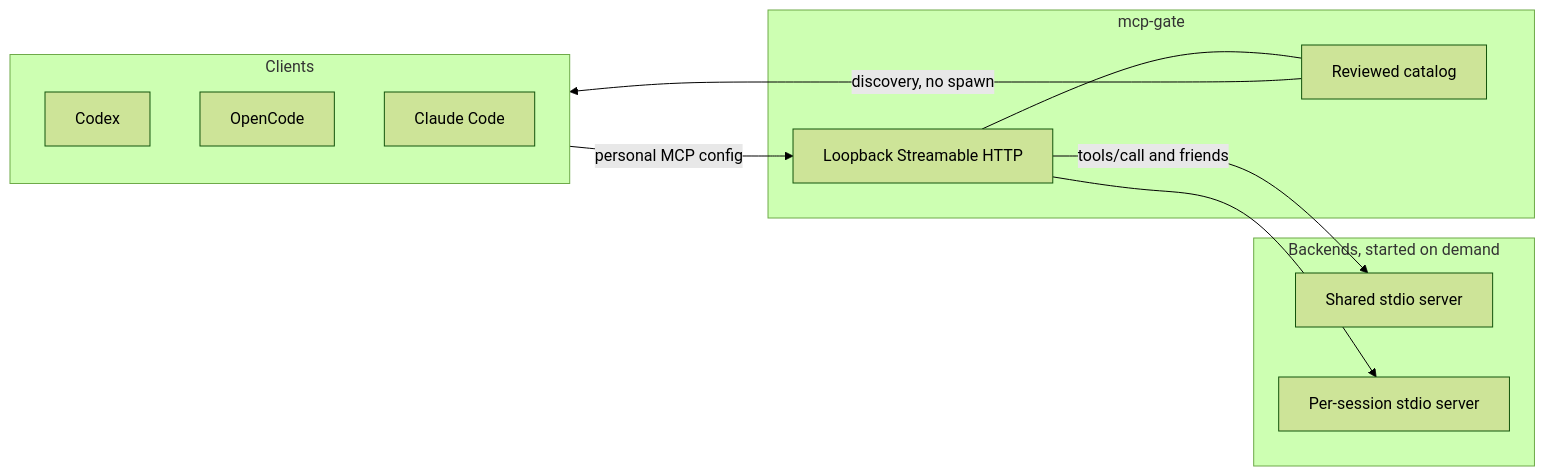
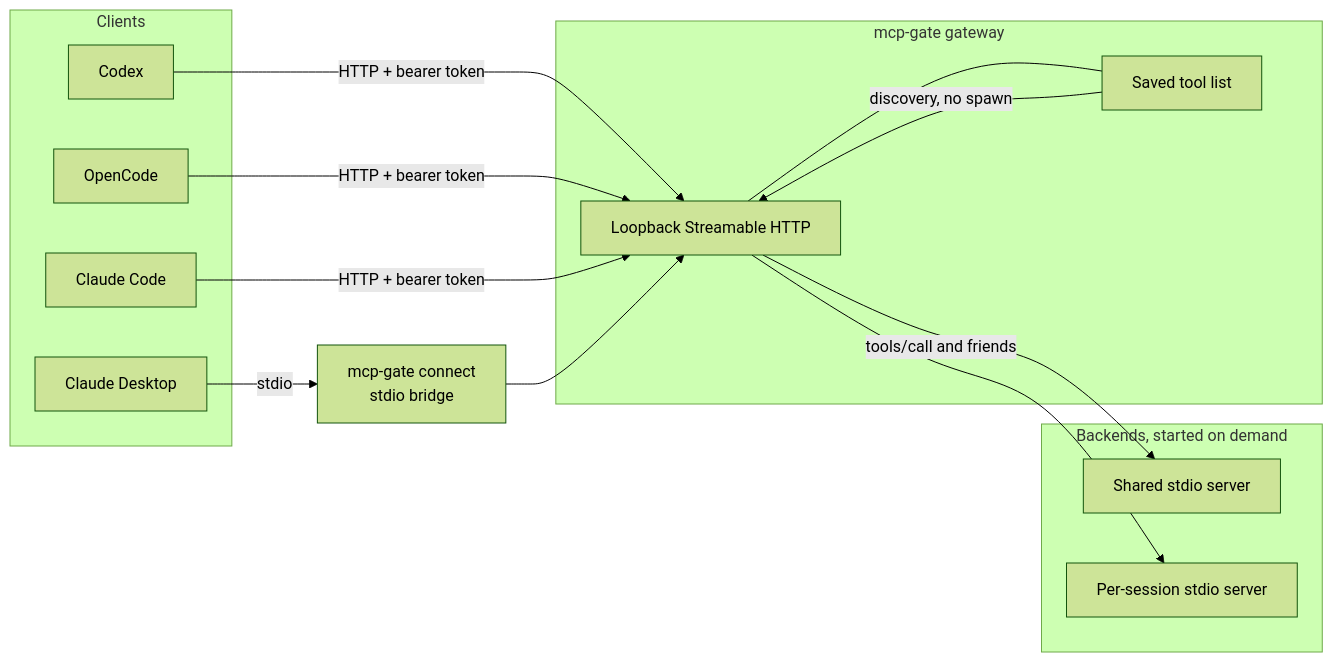
The diagram in README.md (Matvey-Radchenko/mcp-gate), drawn with Mermaid (forest theme) before and after one commit. The commit also changed other lines of this file and 10 other files, not shown here.

````diff
--- a/README.md
+++ b/README.md
@@ -179,21 +193,27 @@
 ```mermaid
 flowchart LR
   subgraph clients [Clients]
     Codex
     OpenCode
     Claude[Claude Code]
+    Desktop[Claude Desktop]
   end
-  subgraph gate [mcp-gate]
+  Bridge[mcp-gate connect<br/>stdio bridge]
+  subgraph gate [mcp-gate gateway]
     HTTP[Loopback Streamable HTTP]
-    Catalog[Reviewed catalog]
+    Catalog[Saved tool list]
     HTTP --- Catalog
   end
   subgraph backends [Backends, started on demand]
     Shared[Shared stdio server]
     Session[Per-session stdio server]
   end
-  clients -->|personal MCP config| HTTP
-  Catalog -->|discovery, no spawn| clients
+  Codex -->|HTTP + bearer token| HTTP
+  OpenCode -->|HTTP + bearer token| HTTP
+  Claude -->|HTTP + bearer token| HTTP
+  Desktop -->|stdio| Bridge
+  Bridge --> HTTP
+  Catalog -->|discovery, no spawn| HTTP
   HTTP -->|tools/call and friends| Shared
   HTTP --> Session
 ```
````
